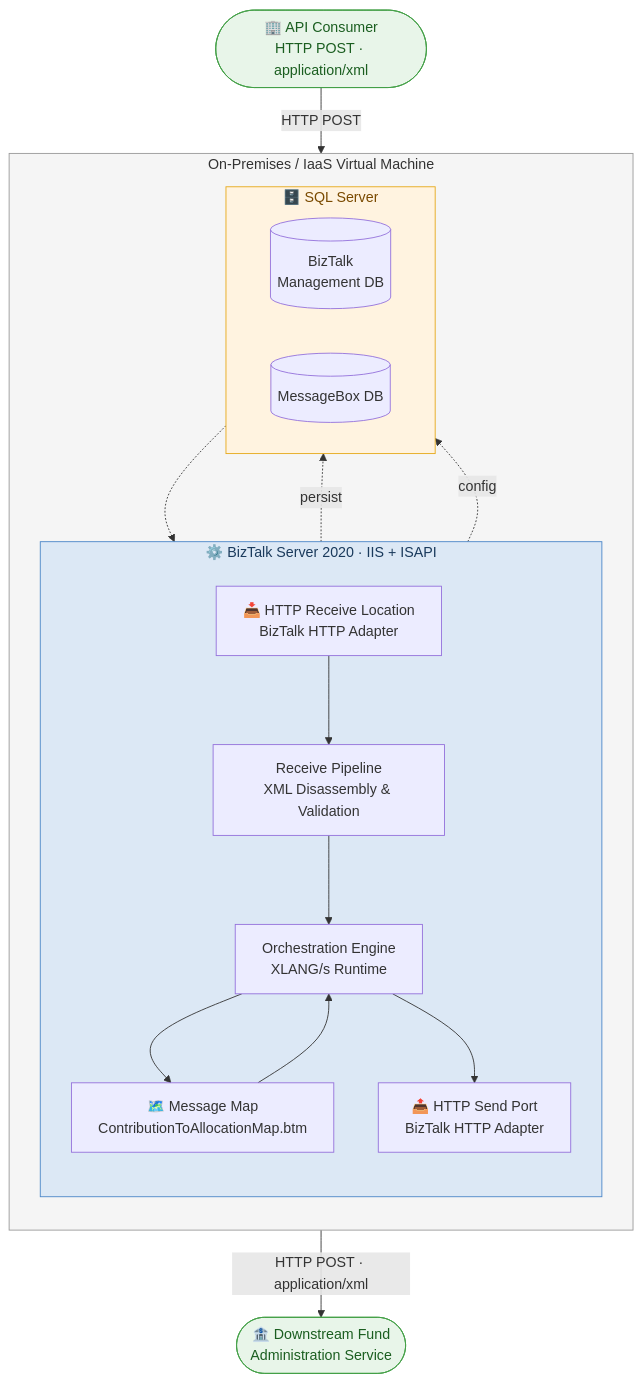
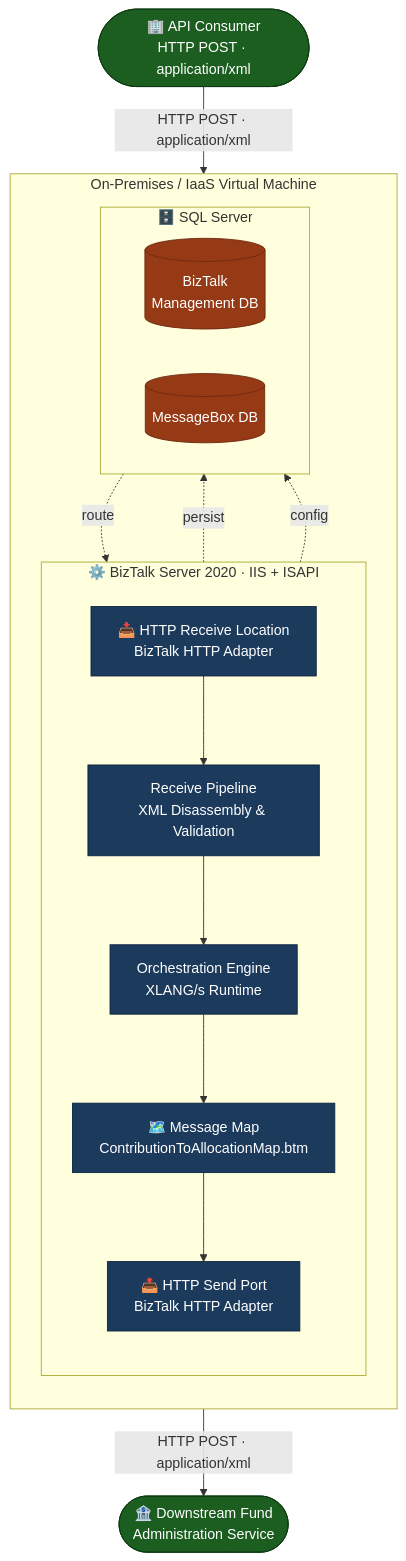
The first of 2 diagrams in docs/20-future-state-architecture.md (qkfang/ghc-demo-biztalk-migration), drawn with Mermaid before and after one commit. The commit also changed other lines of this file and 1 other file, not shown here.

````diff
--- a/docs/20-future-state-architecture.md
+++ b/docs/20-future-state-architecture.md
@@ -11,36 +11,38 @@
 ```mermaid
 flowchart TB
-    CLIENT(["🏢 API Consumer\nHTTP POST · application/xml"])
+    CLIENT(["🏢 API Consumer<br/>HTTP POST · application/xml"])
 
     subgraph ONPREM["On-Premises / IaaS Virtual Machine"]
         direction TB
         subgraph BTS["⚙️ BizTalk Server 2020 · IIS + ISAPI"]
             direction TB
-            RL["📥 HTTP Receive Location\nBizTalk HTTP Adapter"]
-            RP["Receive Pipeline\nXML Disassembly & Validation"]
-            OE["Orchestration Engine\nXLANG/s Runtime"]
-            MAP["🗺️ Message Map\nContributionToAllocationMap.btm"]
-            SP["📤 HTTP Send Port\nBizTalk HTTP Adapter"]
-            RL --> RP --> OE --> MAP --> OE --> SP
+            RL["📥 HTTP Receive Location<br/>BizTalk HTTP Adapter"]
+            RP["Receive Pipeline<br/>XML Disassembly & Validation"]
+            OE["Orchestration Engine<br/>XLANG/s Runtime"]
+            MAP["🗺️ Message Map<br/>ContributionToAllocationMap.btm"]
+            SP["📤 HTTP Send Port<br/>BizTalk HTTP Adapter"]
+            RL --> RP --> OE --> MAP --> SP
         end
         subgraph SQL["🗄️ SQL Server"]
             direction LR
-            MGMT[("BizTalk\nManagement DB")]
+            MGMT[("BizTalk<br/>Management DB")]
             MSG[("MessageBox DB")]
         end
     end
 
-    DS(["🏦 Downstream Fund\nAdministration Service"])
+    DS(["🏦 Downstream Fund<br/>Administration Service"])
 
-    CLIENT -->|"HTTP POST"| RL
-    RP -.->|persist| MSG
-    MSG -.-> OE
-    BTS -.->|config| MGMT
+    CLIENT -->|"HTTP POST · application/xml"| RL
     SP -->|"HTTP POST · application/xml"| DS
+    RP -. "persist" .-> MSG
+    MSG -. "route" .-> OE
+    BTS -. "config" .-> MGMT
 
-    style ONPREM fill:#f5f5f5,stroke:#999,color:#333
-    style BTS fill:#dce8f5,stroke:#4a86c8,color:#1a3a5c
-    style SQL fill:#fff3e0,stroke:#e6a817,color:#7a4a00
-    style CLIENT fill:#e8f5e9,stroke:#43a047,color:#1b5e20
-    style DS fill:#e8f5e9,stroke:#43a047,color:#1b5e20
+    classDef bts fill:#1B3A5C,stroke:#0D2440,color:#ffffff
+    classDef db fill:#963A16,stroke:#6E2A0F,color:#ffffff
+    classDef ext fill:#1B5E20,stroke:#0D3A11,color:#ffffff
+
+    class RL,RP,OE,MAP,SP bts
+    class MGMT,MSG db
+    class CLIENT,DS ext
 ```
````
